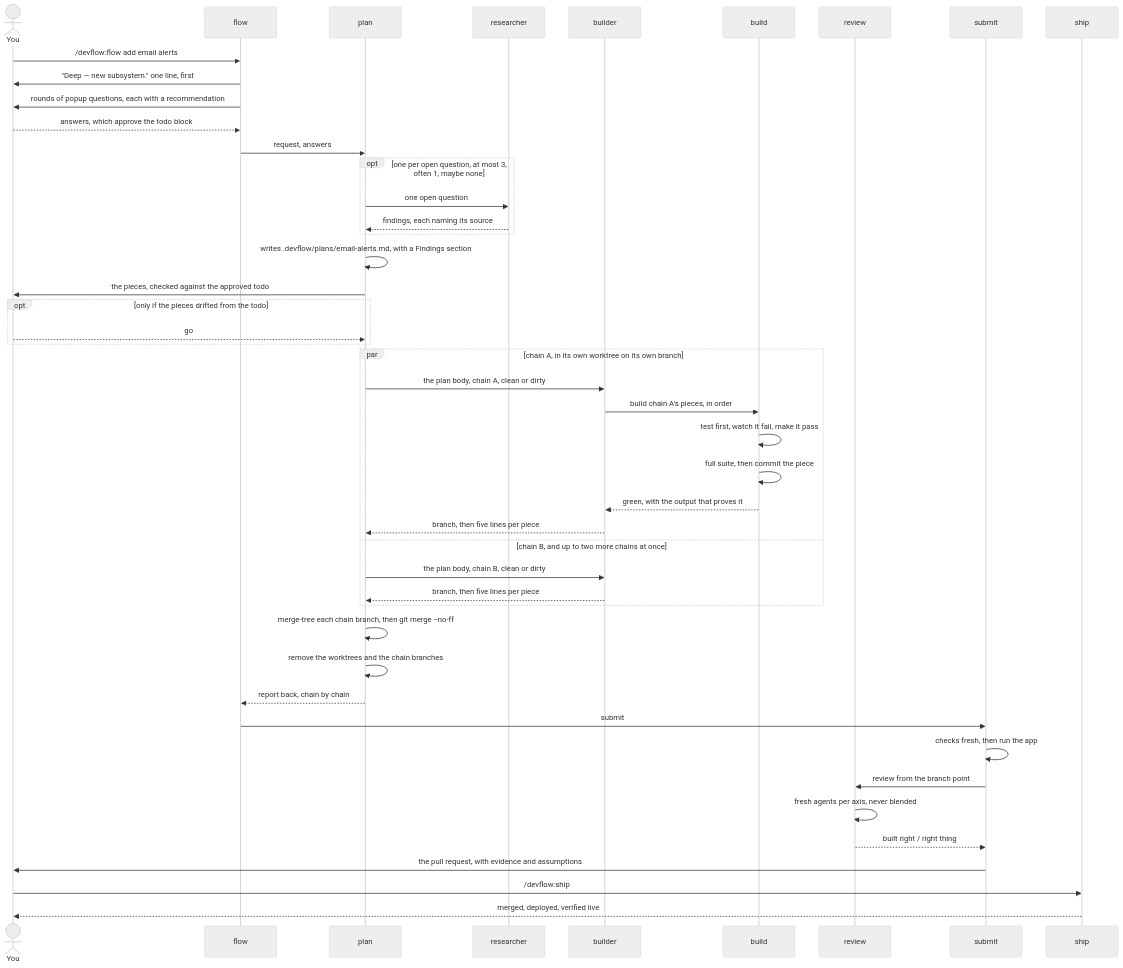
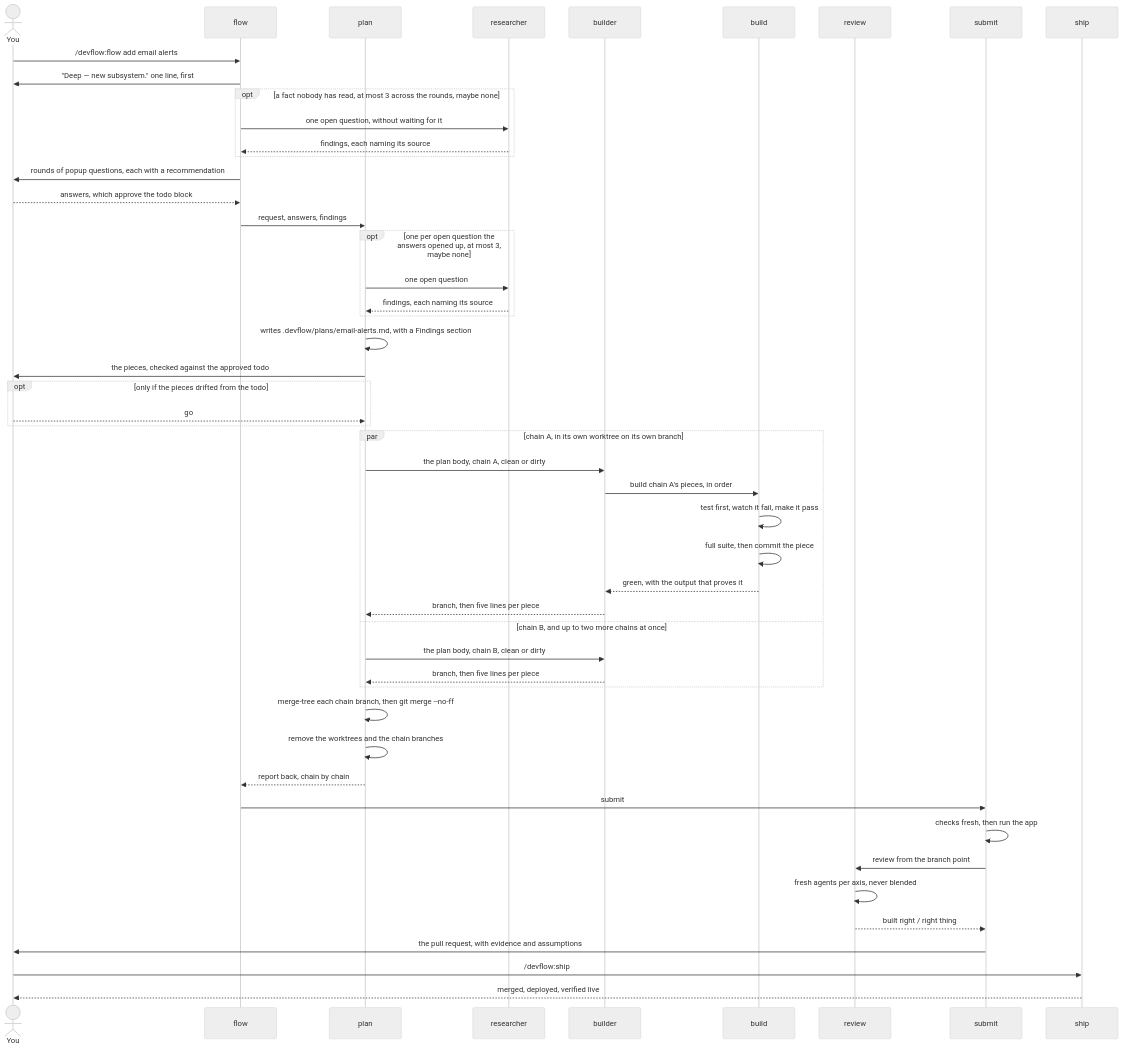
One commit to eddiechok/agent-devflow changed the second of 2 diagrams in docs/pipeline.md. Above: the diagram before and after it, drawn with Mermaid (neutral theme). The commit also changed 13 other files, not shown here.

First line of the commit message:
feat(flow,plan): research during flow's rounds, not only in plan (#103)

````diff
--- a/docs/pipeline.md
+++ b/docs/pipeline.md
@@ -95,51 +95,55 @@
 ```mermaid
 sequenceDiagram
     actor You
     participant flow
     participant plan
     participant researcher
     participant builder
     participant build
     participant review
     participant submit
     participant ship
 
     You->>flow: /devflow:flow add email alerts
     flow->>You: "Deep — new subsystem." one line, first
+    opt a fact nobody has read, at most 3 across the rounds, maybe none
+        flow->>researcher: one open question, without waiting for it
+        researcher-->>flow: findings, each naming its source
+    end
     flow->>You: rounds of popup questions, each with a recommendation
     You-->>flow: answers, which approve the todo block
-    flow->>plan: request, answers
-    opt one per open question, at most 3, often 1, maybe none
+    flow->>plan: request, answers, findings
+    opt one per open question the answers opened up, at most 3, maybe none
         plan->>researcher: one open question
         researcher-->>plan: findings, each naming its source
     end
     plan->>plan: writes .devflow/plans/email-alerts.md, with a Findings section
     plan->>You: the pieces, checked against the approved todo
     opt only if the pieces drifted from the todo
         You-->>plan: go
     end
 
     par chain A, in its own worktree on its own branch
         plan->>builder: the plan body, chain A, clean or dirty
         builder->>build: build chain A's pieces, in order
         build->>build: test first, watch it fail, make it pass
         build->>build: full suite, then commit the piece
         build-->>builder: green, with the output that proves it
         builder-->>plan: branch, then five lines per piece
     and chain B, and up to two more chains at once
         plan->>builder: the plan body, chain B, clean or dirty
         builder-->>plan: branch, then five lines per piece
     end
 
     plan->>plan: merge-tree each chain branch, then git merge --no-ff
     plan->>plan: remove the worktrees and the chain branches
     plan-->>flow: report back, chain by chain
     flow->>submit: submit
     submit->>submit: checks fresh, then run the app
     submit->>review: review from the branch point
     review->>review: fresh agents per axis, never blended
     review-->>submit: built right / right thing
     submit->>You: the pull request, with evidence and assumptions
     You->>ship: /devflow:ship
     ship-->>You: merged, deployed, verified live
 ```
````
